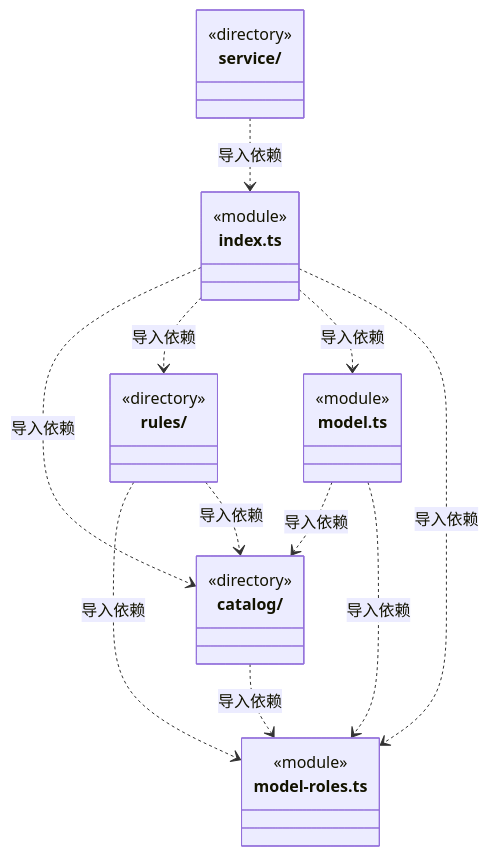
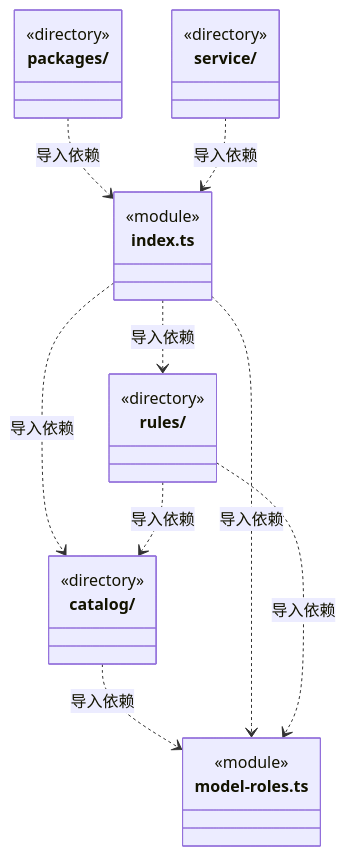
One commit to nan023062/cbim changed the first of 3 diagrams in src/logic/engines/ARCHITECTURE.md. Above: the diagram before and after it, drawn with Mermaid. The commit also changed other lines of this file and 52 other files, not shown here.

````diff
--- a/src/logic/engines/ARCHITECTURE.md
+++ b/src/logic/engines/ARCHITECTURE.md
@@ -19,31 +19,29 @@
 ```mermaid
 classDiagram
 class N_src_logic_engines_catalog["catalog/"] {
+  <<directory>>
+}
+class N_src_logic_engines_packages["packages/"] {
   <<directory>>
 }
 class N_src_logic_engines_rules["rules/"] {
   <<directory>>
 }
 class N_src_logic_engines_service["service/"] {
   <<directory>>
 }
 class N_src_logic_engines_index_ts["index.ts"] {
   <<module>>
 }
 class N_src_logic_engines_model_roles_ts["model-roles.ts"] {
   <<module>>
 }
-class N_src_logic_engines_model_ts["model.ts"] {
-  <<module>>
-}
 N_src_logic_engines_catalog ..> N_src_logic_engines_model_roles_ts : 导入依赖
 N_src_logic_engines_index_ts ..> N_src_logic_engines_catalog : 导入依赖
 N_src_logic_engines_index_ts ..> N_src_logic_engines_rules : 导入依赖
-N_src_logic_engines_index_ts ..> N_src_logic_engines_model_ts : 导入依赖
 N_src_logic_engines_index_ts ..> N_src_logic_engines_model_roles_ts : 导入依赖
-N_src_logic_engines_model_ts ..> N_src_logic_engines_catalog : 导入依赖
-N_src_logic_engines_model_ts ..> N_src_logic_engines_model_roles_ts : 导入依赖
+N_src_logic_engines_packages ..> N_src_logic_engines_index_ts : 导入依赖
 N_src_logic_engines_rules ..> N_src_logic_engines_model_roles_ts : 导入依赖
 N_src_logic_engines_rules ..> N_src_logic_engines_catalog : 导入依赖
 N_src_logic_engines_service ..> N_src_logic_engines_index_ts : 导入依赖
 ```
````
